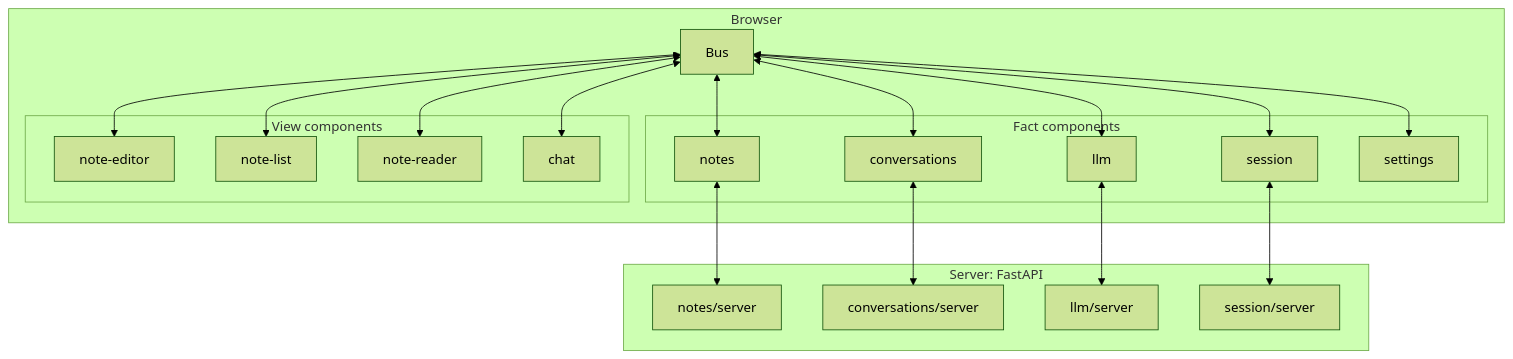
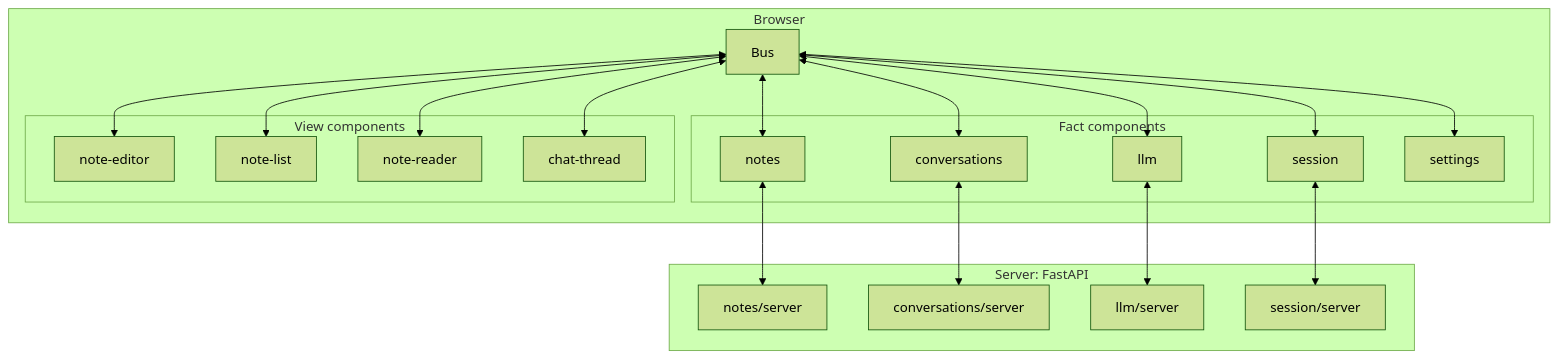
One commit to maciekkreft/unblent changed the first of 4 diagrams in architecture.md. Above: the diagram before and after it, drawn with Mermaid (forest theme). The commit also changed other lines of this file and 50 other files, not shown here.

````diff
--- a/architecture.md
+++ b/architecture.md
@@ -35,38 +35,38 @@
 ```mermaid
 flowchart TB
     subgraph browser [Browser]
         bus[Bus]
         subgraph facts [Fact components]
             notes[notes]
             conv[conversations]
             llm[llm]
             session[session]
             settings[settings]
         end
         subgraph views [View components]
             editor[note-editor]
             list[note-list]
             reader[note-reader]
-            chat[chat]
+            chat[chat-thread]
         end
         bus <--> notes
         bus <--> conv
         bus <--> llm
         bus <--> session
         bus <--> settings
         bus <--> editor
         bus <--> list
         bus <--> reader
         bus <--> chat
     end
     subgraph server [Server: FastAPI]
         notesApi[notes/server]
         convApi[conversations/server]
         llmApi[llm/server]
         sessionApi[session/server]
     end
     notes <--> notesApi
     conv <--> convApi
     llm <--> llmApi
     session <--> sessionApi
 ```
````
